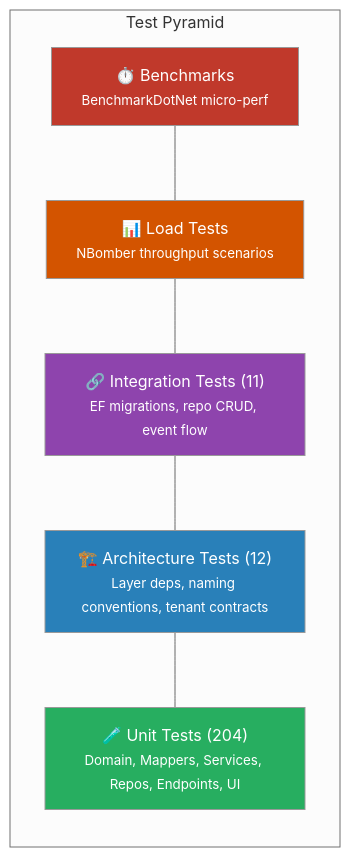
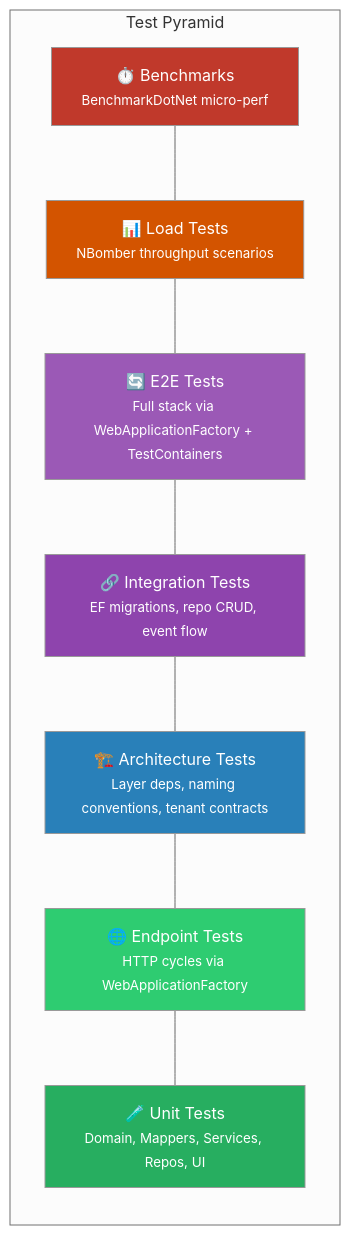
Diagram 16 of 18 in docs/tech-design.md (efreeman518/AI-Instructions-ReferenceApp), drawn with Mermaid (neutral theme) before and after one commit. The commit also changed other lines of this file and 15 other files, not shown here.

````diff
--- a/docs/tech-design.md
+++ b/docs/tech-design.md
@@ -767,19 +869,23 @@
 ```mermaid
 graph TB
     subgraph pyramid["Test Pyramid"]
         direction BT
-        UNIT["🧪 Unit Tests (204)<br/><small>Domain, Mappers, Services, Repos, Endpoints, UI</small>"]
-        ARCH["🏗️ Architecture Tests (12)<br/><small>Layer deps, naming conventions, tenant contracts</small>"]
-        INT["🔗 Integration Tests (11)<br/><small>EF migrations, repo CRUD, event flow</small>"]
+        UNIT["🧪 Unit Tests<br/><small>Domain, Mappers, Services, Repos, UI</small>"]
+        ENDPOINTS["🌐 Endpoint Tests<br/><small>HTTP cycles via WebApplicationFactory</small>"]
+        ARCH["🏗️ Architecture Tests<br/><small>Layer deps, naming conventions, tenant contracts</small>"]
+        INT["🔗 Integration Tests<br/><small>EF migrations, repo CRUD, event flow</small>"]
+        E2E["🔄 E2E Tests<br/><small>Full stack via WebApplicationFactory + TestContainers</small>"]
         LOAD["📊 Load Tests<br/><small>NBomber throughput scenarios</small>"]
         BENCH["⏱️ Benchmarks<br/><small>BenchmarkDotNet micro-perf</small>"]
     end
 
-    UNIT --- ARCH --- INT --- LOAD --- BENCH
+    UNIT --- ENDPOINTS --- ARCH --- INT --- E2E --- LOAD --- BENCH
 
     style UNIT fill:#27ae60,color:#fff
+    style ENDPOINTS fill:#2ecc71,color:#fff
     style ARCH fill:#2980b9,color:#fff
     style INT fill:#8e44ad,color:#fff
+    style E2E fill:#9b59b6,color:#fff
     style LOAD fill:#d35400,color:#fff
     style BENCH fill:#c0392b,color:#fff
 ```
````
